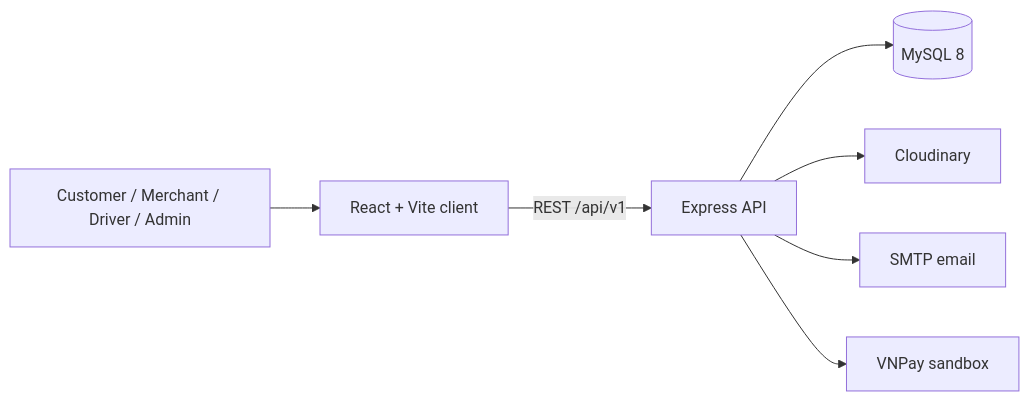
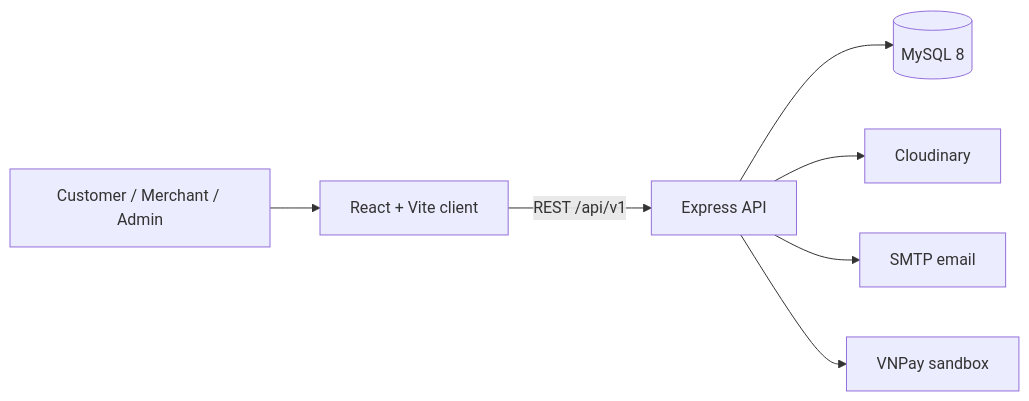
The diagram in README.md (nguywnben/nomnom), drawn with Mermaid before and after one commit. The commit also changed other lines of this file and 21 other files, not shown here.

````diff
--- a/README.md
+++ b/README.md
@@ -83,9 +84,9 @@
 ```mermaid
 flowchart LR
-    U["Customer / Merchant / Driver / Admin"] --> C["React + Vite client"]
+    U["Customer / Merchant / Admin"] --> C["React + Vite client"]
     C -->|"REST /api/v1"| A["Express API"]
     A --> D[("MySQL 8")]
     A --> I["Cloudinary"]
     A --> M["SMTP email"]
     A --> V["VNPay sandbox"]
 ```
````
